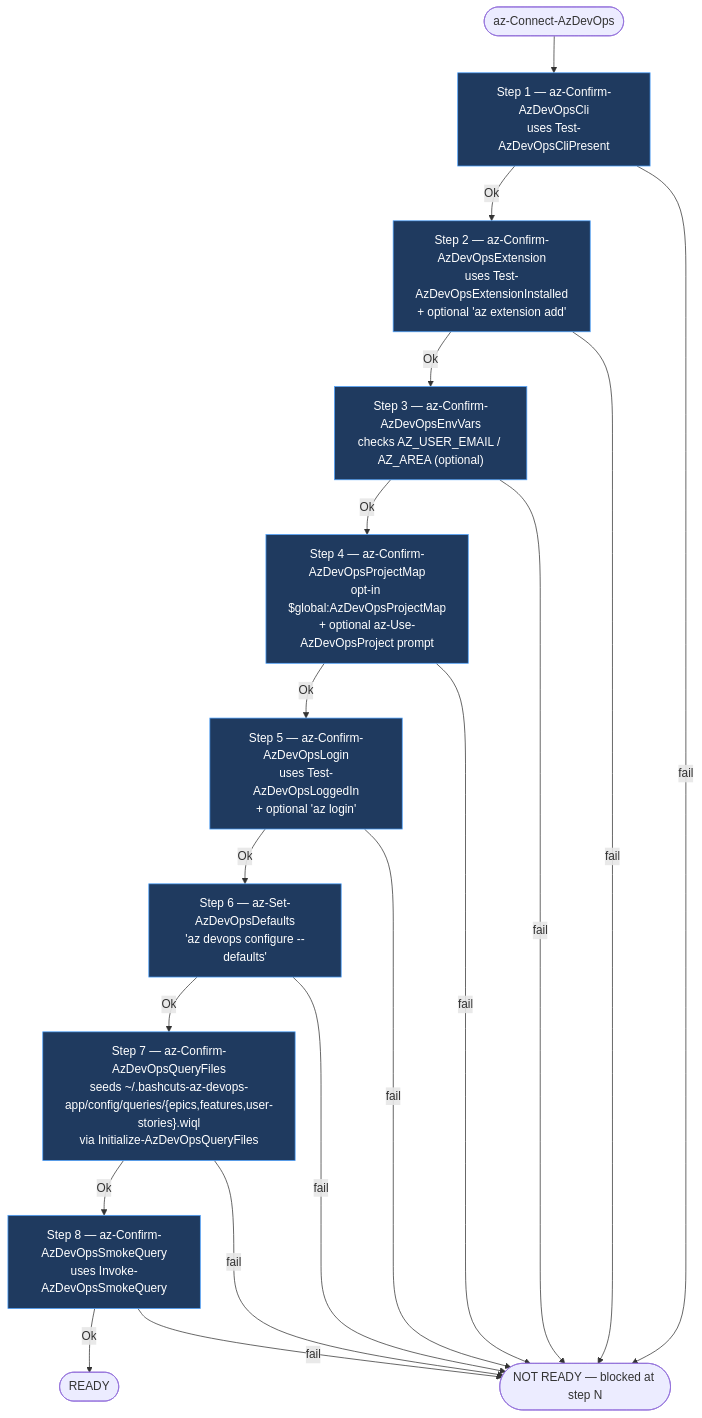
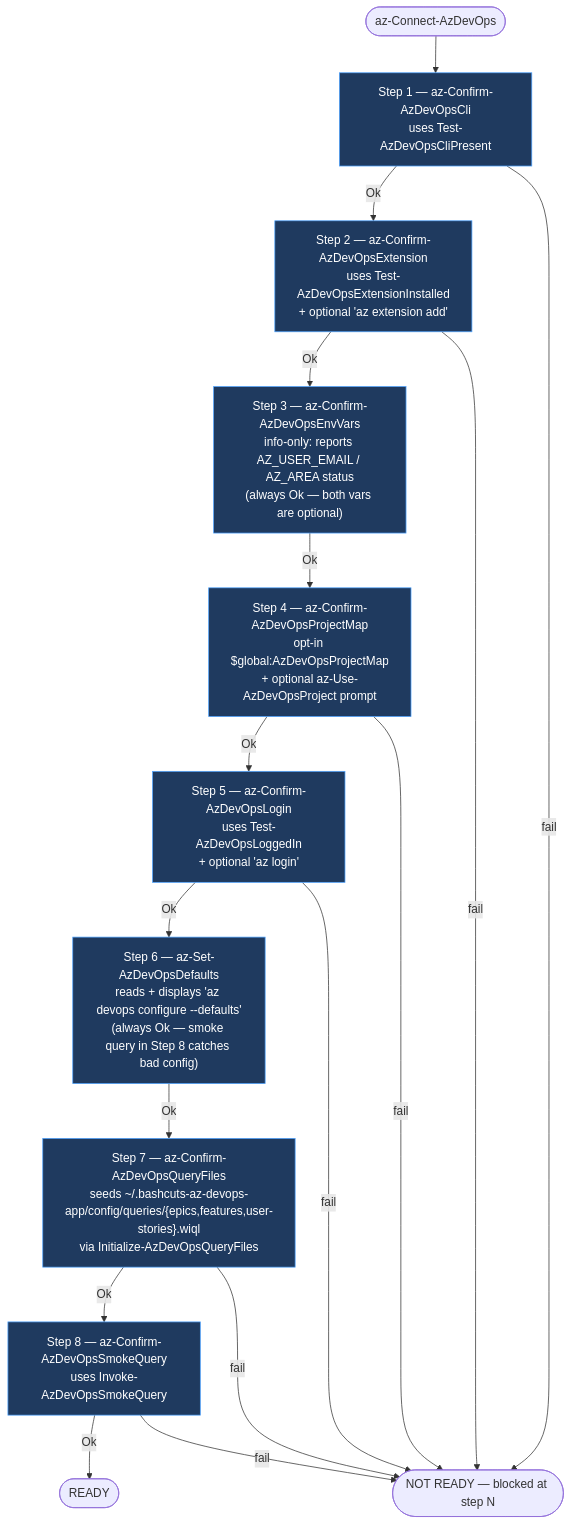
Before and after one commit to jdschleicher/bashcuts: the second of 12 diagrams in docs/azure-devops-diagrams.md, drawn with Mermaid. The commit also changed other lines of this file, not shown here.

First line of the commit message:
docs(azdevops): add assigned/mentions WIQLs to Diagram 1 config subgraph and opener nodes

````diff
--- a/docs/azure-devops-diagrams.md
+++ b/docs/azure-devops-diagrams.md
@@ -164,37 +170,35 @@
 ```mermaid
 flowchart TD
     Start([az-Connect-AzDevOps]) --> S1
 
     S1["Step 1 — az-Confirm-AzDevOpsCli<br/>uses Test-AzDevOpsCliPresent"]
     S2["Step 2 — az-Confirm-AzDevOpsExtension<br/>uses Test-AzDevOpsExtensionInstalled<br/>+ optional 'az extension add'"]
-    S3["Step 3 — az-Confirm-AzDevOpsEnvVars<br/>checks AZ_USER_EMAIL / AZ_AREA (optional)"]
+    S3["Step 3 — az-Confirm-AzDevOpsEnvVars<br/>info-only: reports AZ_USER_EMAIL / AZ_AREA status<br/>(always Ok — both vars are optional)"]
     S4["Step 4 — az-Confirm-AzDevOpsProjectMap<br/>opt-in $global:AzDevOpsProjectMap<br/>+ optional az-Use-AzDevOpsProject prompt"]
     S5["Step 5 — az-Confirm-AzDevOpsLogin<br/>uses Test-AzDevOpsLoggedIn<br/>+ optional 'az login'"]
-    S6["Step 6 — az-Set-AzDevOpsDefaults<br/>'az devops configure --defaults'"]
+    S6["Step 6 — az-Set-AzDevOpsDefaults<br/>reads + displays 'az devops configure --defaults'<br/>(always Ok — smoke query in Step 8 catches bad config)"]
     S7["Step 7 — az-Confirm-AzDevOpsQueryFiles<br/>seeds ~/.bashcuts-az-devops-app/config/queries/{epics,features,user-stories}.wiql<br/>via Initialize-AzDevOpsQueryFiles"]
     S8["Step 8 — az-Confirm-AzDevOpsSmokeQuery<br/>uses Invoke-AzDevOpsSmokeQuery"]
 
     Ready([READY])
     NotReady([NOT READY — blocked at step N])
 
     S1 -- Ok --> S2
     S2 -- Ok --> S3
     S3 -- Ok --> S4
     S4 -- Ok --> S5
     S5 -- Ok --> S6
     S6 -- Ok --> S7
     S7 -- Ok --> S8
     S8 -- Ok --> Ready
 
     S1 -- fail --> NotReady
     S2 -- fail --> NotReady
-    S3 -- fail --> NotReady
     S4 -- fail --> NotReady
     S5 -- fail --> NotReady
-    S6 -- fail --> NotReady
     S7 -- fail --> NotReady
     S8 -- fail --> NotReady
 
     classDef step fill:#1f3a5f,stroke:#4ea3ff,color:#fff
     class S1,S2,S3,S4,S5,S6,S7,S8 step
 ```
````
